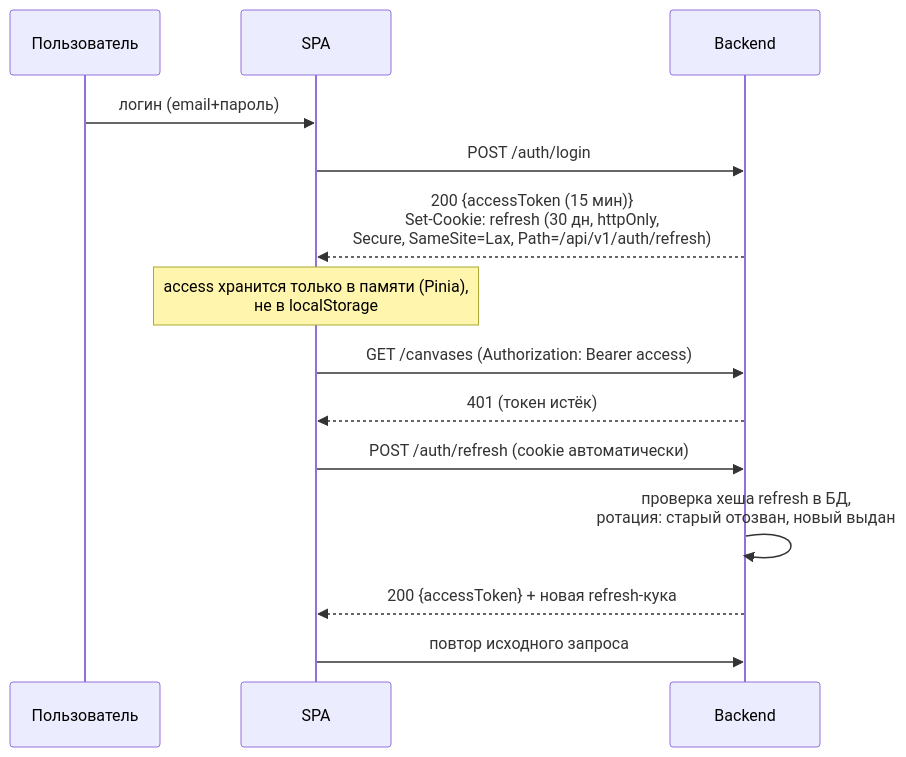
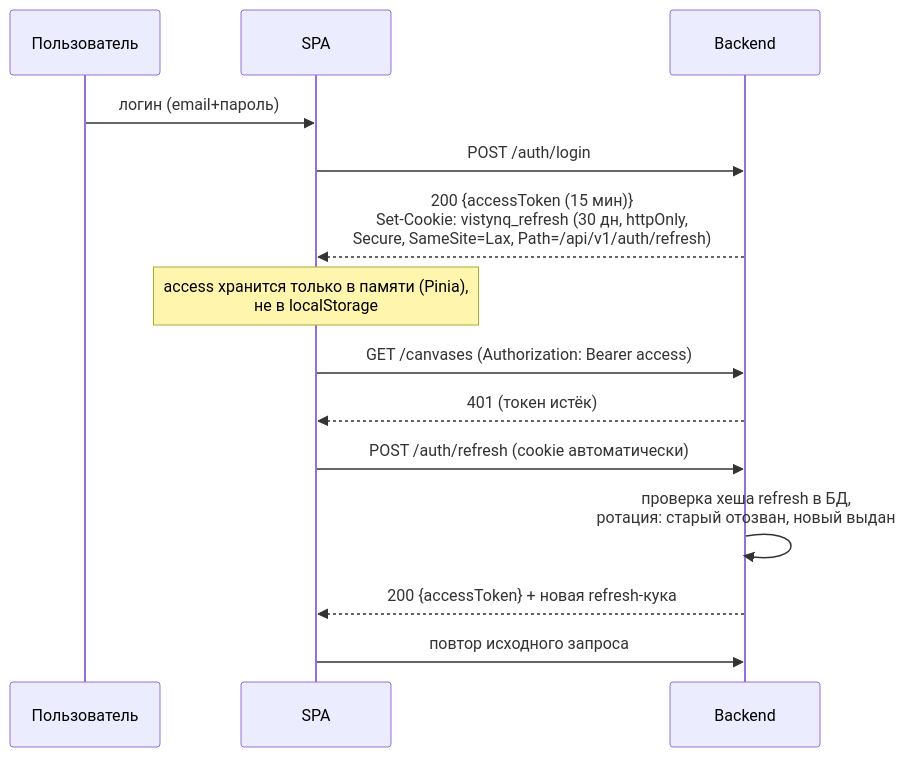
Before and after one commit to Neisvestny/Vistynq: the second of 4 diagrams in docs/architecture.md, drawn with Mermaid. The commit also changed other lines of this file and 9 other files, not shown here.

````diff
--- a/docs/architecture.md
+++ b/docs/architecture.md
@@ -100,16 +104,16 @@
 ```mermaid
 sequenceDiagram
     participant U as Пользователь
     participant F as SPA
     participant B as Backend
     U->>F: логин (email+пароль)
     F->>B: POST /auth/login
-    B-->>F: 200 {accessToken (15 мин)}<br/>Set-Cookie: refresh (30 дн, httpOnly,<br/>Secure, SameSite=Lax, Path=/api/v1/auth/refresh)
+    B-->>F: 200 {accessToken (15 мин)}<br/>Set-Cookie: vistynq_refresh (30 дн, httpOnly,<br/>Secure, SameSite=Lax, Path=/api/v1/auth/refresh)
     Note over F: access хранится только в памяти (Pinia),<br/>не в localStorage
     F->>B: GET /canvases (Authorization: Bearer access)
     B-->>F: 401 (токен истёк)
     F->>B: POST /auth/refresh (cookie автоматически)
     B->>B: проверка хеша refresh в БД,<br/>ротация: старый отозван, новый выдан
     B-->>F: 200 {accessToken} + новая refresh-кука
     F->>B: повтор исходного запроса
 ```
````
